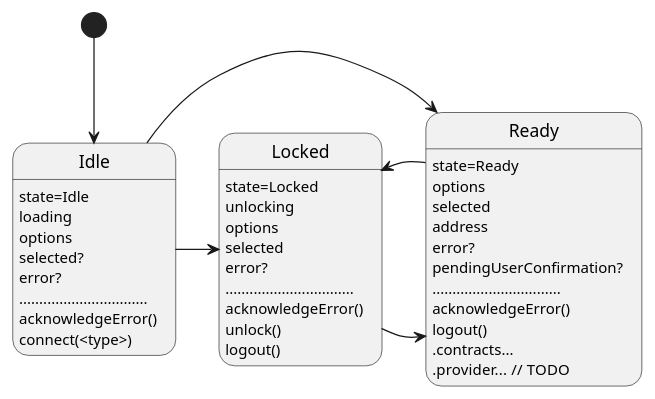
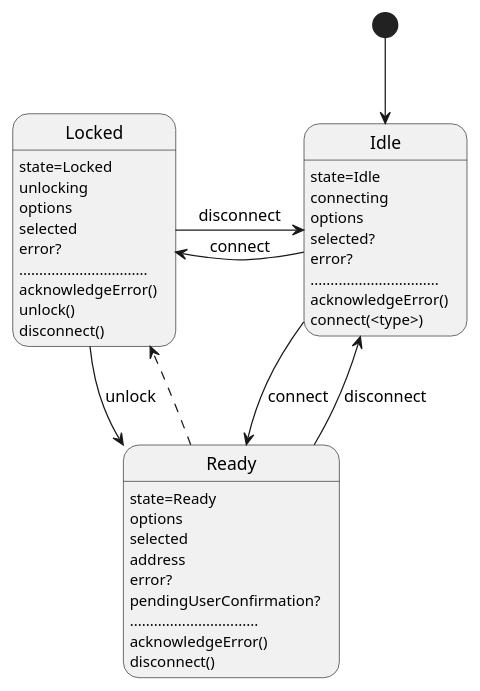
The diagram in documentation/diagrams/wallet.wsd (wighawag/web3w), drawn with PlantUML before and after one commit. The commit also changed 8 other files, not shown here.

```diff
--- a/documentation/diagrams/wallet.wsd
+++ b/documentation/diagrams/wallet.wsd
@@ -1,37 +1,39 @@
 @startuml
 Idle: state=Idle
-Idle: loading
+Idle: connecting
 Idle: options
 Idle: selected?
 Idle: error?
 Idle: ................................
 Idle: acknowledgeError()
 Idle: connect(<type>)
+
 Locked: state=Locked
 Locked: unlocking
 Locked: options
 Locked: selected
 Locked: error?
 Locked: ................................
 Locked: acknowledgeError()
 Locked: unlock()
-Locked: logout()
+Locked: disconnect()
+
 Ready: state=Ready
 Ready: options
 Ready: selected
 Ready: address
 Ready: error?
 Ready: pendingUserConfirmation?
 Ready: ................................
 Ready: acknowledgeError()
-Ready: logout()
-Ready: .contracts...
-Ready: .provider... // TODO
+Ready: disconnect()
 
 
 [*] --> Idle
-Idle -> Locked
-Idle -> Ready
-Locked -> Ready
-Ready -> Locked
+Idle -> Locked :connect
+Ready -[dashed]> Locked
+Idle -> Ready :connect
+Locked --> Ready :unlock
+Ready -> Idle :disconnect
+Locked -> Idle :disconnect
 @enduml
```
